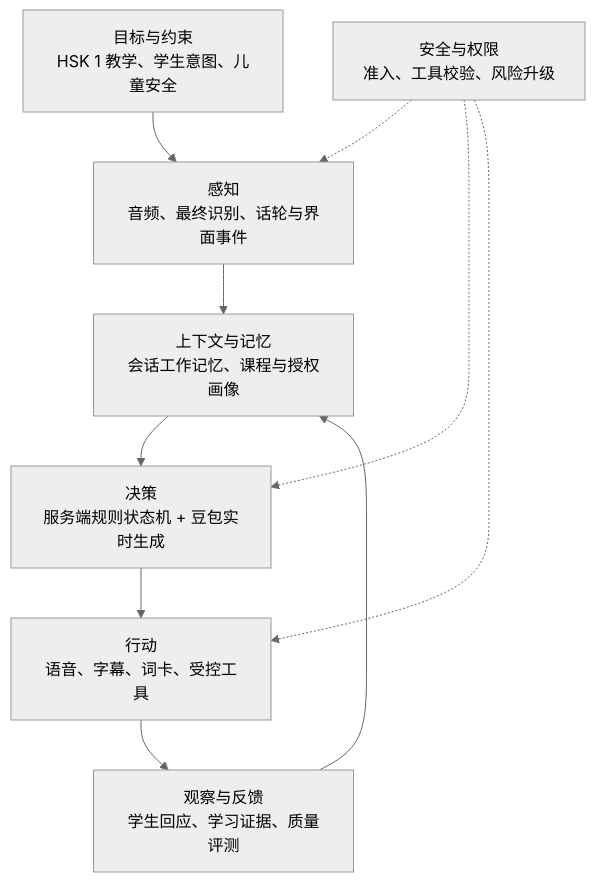
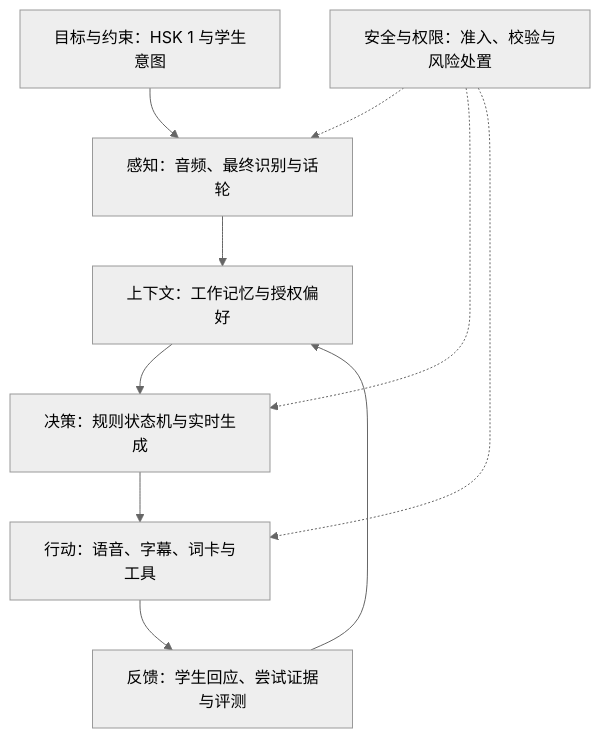
Before and after one commit to yqhuang-cyber/ask-kai: the second of 2 diagrams in README.md, drawn with Mermaid (neutral theme). The commit also changed other lines of this file, not shown here.

```diff
--- a/README.md
+++ b/README.md
@@ -96,12 +106,12 @@
 ~~~mermaid
 flowchart TB
-    GOAL["目标与约束<br/>HSK 1 教学、学生意图、儿童安全"] --> PERCEPTION["感知<br/>音频、最终识别、话轮与界面事件"]
-    PERCEPTION --> MEMORY["上下文与记忆<br/>会话工作记忆、课程与授权画像"]
-    MEMORY --> DECISION["决策<br/>服务端规则状态机 + 豆包实时生成"]
-    DECISION --> ACTION["行动<br/>语音、字幕、词卡、受控工具"]
-    ACTION --> OBSERVE["观察与反馈<br/>学生回应、学习证据、质量评测"]
+    GOAL["目标与约束：HSK 1 与学生意图"] --> PERCEPTION["感知：音频、最终识别与话轮"]
+    PERCEPTION --> MEMORY["上下文：工作记忆与授权偏好"]
+    MEMORY --> DECISION["决策：规则状态机与实时生成"]
+    DECISION --> ACTION["行动：语音、字幕、词卡与工具"]
+    ACTION --> OBSERVE["反馈：学生回应、尝试证据与评测"]
     OBSERVE --> MEMORY
-    POLICY["安全与权限<br/>准入、工具校验、风险升级"] -.-> PERCEPTION
+    POLICY["安全与权限：准入、校验与风险处置"] -.-> PERCEPTION
     POLICY -.-> DECISION
     POLICY -.-> ACTION
 ~~~
```
